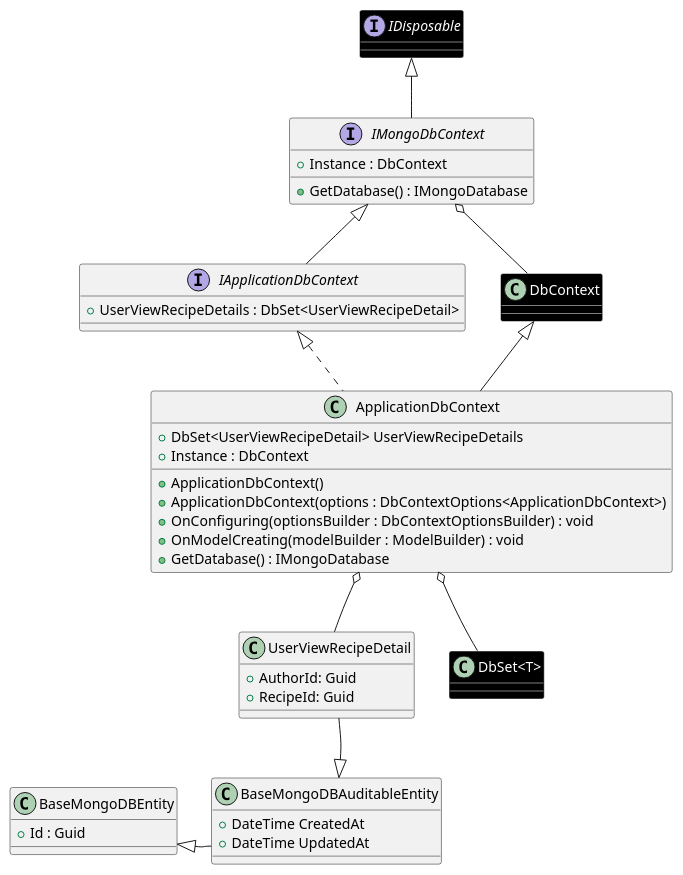
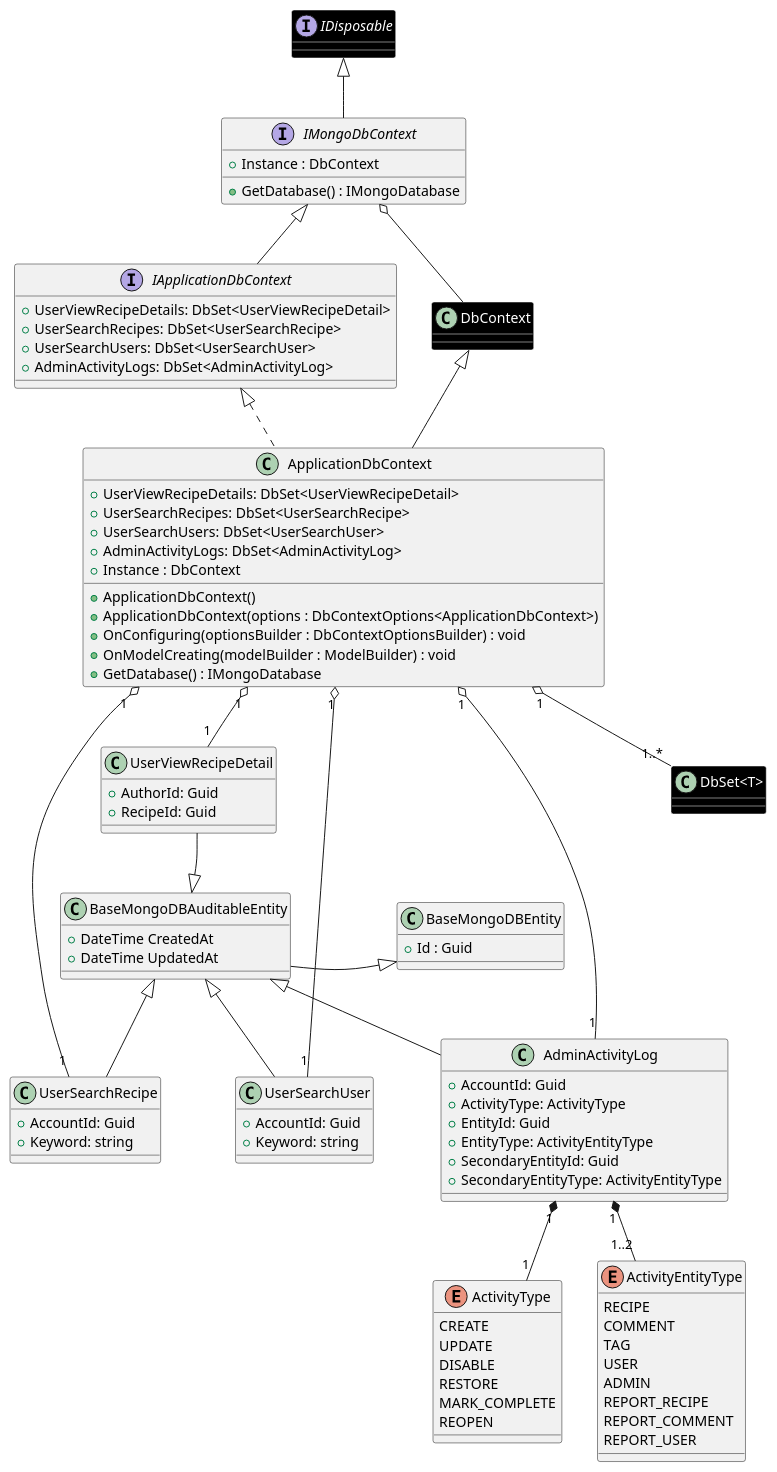
One commit to Carl-Johnsons/tastopia changed the diagram in doc/SDS/CommonClassDiagram/Tracking/TrackingDbContext.plantuml. Above: the diagram before and after it, drawn with PlantUML. The commit also changed 30 other files, not shown here.

Commit message:
doc add some tracking diagrams

```diff
--- a/doc/SDS/CommonClassDiagram/Tracking/TrackingDbContext.plantuml
+++ b/doc/SDS/CommonClassDiagram/Tracking/TrackingDbContext.plantuml
@@ -1,62 +1,107 @@
 @startuml TrackingDbContext
 
 interface IMongoDbContext extends IDisposable {
     +Instance : DbContext
     +GetDatabase() : IMongoDatabase
 }
 ' ========= Entity class =========
 class BaseMongoDBEntity {
     +Id : Guid
 }
 
 class BaseMongoDBAuditableEntity extends BaseMongoDBEntity {
     +DateTime CreatedAt
     +DateTime UpdatedAt
 }
 
 class UserViewRecipeDetail extends BaseMongoDBAuditableEntity {
     +AuthorId: Guid
     +RecipeId: Guid
 }
 
+class UserSearchRecipe extends BaseMongoDBAuditableEntity {
+    +AccountId: Guid
+    +Keyword: string
+}
+
+class UserSearchUser extends BaseMongoDBAuditableEntity {
+    +AccountId: Guid
+    +Keyword: string 
+}
+
+class AdminActivityLog extends BaseMongoDBAuditableEntity {
+    +AccountId: Guid
+    +ActivityType: ActivityType
+    +EntityId: Guid
+    +EntityType: ActivityEntityType
+    +SecondaryEntityId: Guid
+    +SecondaryEntityType: ActivityEntityType
+}
+
+enum ActivityType
+{
+    CREATE
+    UPDATE
+    DISABLE
+    RESTORE
+    MARK_COMPLETE
+    REOPEN
+}
+
+enum ActivityEntityType
+{
+    RECIPE
+    COMMENT
+    TAG
+    USER
+    ADMIN
+    REPORT_RECIPE
+    REPORT_COMMENT
+    REPORT_USER
+}
+
 interface IApplicationDbContext extends IMongoDbContext {
-    + UserViewRecipeDetails : DbSet<UserViewRecipeDetail>
+    +UserViewRecipeDetails: DbSet<UserViewRecipeDetail>
+    +UserSearchRecipes: DbSet<UserSearchRecipe>
+    +UserSearchUsers: DbSet<UserSearchUser>
+    +AdminActivityLogs: DbSet<AdminActivityLog>
 }
 class ApplicationDbContext extends DbContext implements IApplicationDbContext {
-    +DbSet<UserViewRecipeDetail> UserViewRecipeDetails
+    +UserViewRecipeDetails: DbSet<UserViewRecipeDetail>
+    +UserSearchRecipes: DbSet<UserSearchRecipe>
+    +UserSearchUsers: DbSet<UserSearchUser>
+    +AdminActivityLogs: DbSet<AdminActivityLog>
     +Instance : DbContext
     +ApplicationDbContext()
     +ApplicationDbContext(options : DbContextOptions<ApplicationDbContext>)
     +OnConfiguring(optionsBuilder : DbContextOptionsBuilder) : void
     +OnModelCreating(modelBuilder : ModelBuilder) : void
     +GetDatabase() : IMongoDatabase
 }
 
 ' ========= Library class =========
 interface IDisposable #black;line:white;text:white
 class "DbSet<T>" #black;line:white;text:white
 class DbContext #black;line:white;text:white
 
+AdminActivityLog "1" *-- "1" ActivityType
+AdminActivityLog "1" *-- "1..2" ActivityEntityType
+
 IMongoDbContext o-- DbContext
 
-' IApplicationDbContext o-- "DbSet<T>"
-' IApplicationDbContext o-- Recipe
-' IApplicationDbContext o-- Tag
-' IApplicationDbContext o-- RecipeTag
-' IApplicationDbContext o-- UserBookmarkRecipe
-' IApplicationDbContext o-- UserReportRecipe
-' IApplicationDbContext o-- UserReportComment
-
-ApplicationDbContext o-- "DbSet<T>"
-ApplicationDbContext o-- UserViewRecipeDetail
+ApplicationDbContext "1" o-- "1..*" "DbSet<T>"
+ApplicationDbContext "1" o-- "1" UserViewRecipeDetail
+ApplicationDbContext "1" o-- "1" UserSearchRecipe
+ApplicationDbContext "1" o-- "1" UserSearchUser
+ApplicationDbContext "1" o-- "1" AdminActivityLog
 
 ' =========== Style ==============
 
 ApplicationDbContext o-[hidden]down- "DbSet<T>"
 ApplicationDbContext o-[hidden]down- UserViewRecipeDetail
 
 BaseMongoDBAuditableEntity -[hidden]right- BaseMongoDBEntity 
 BaseMongoDBAuditableEntity -[hidden]up- UserViewRecipeDetail 
 
 
 @enduml
```
